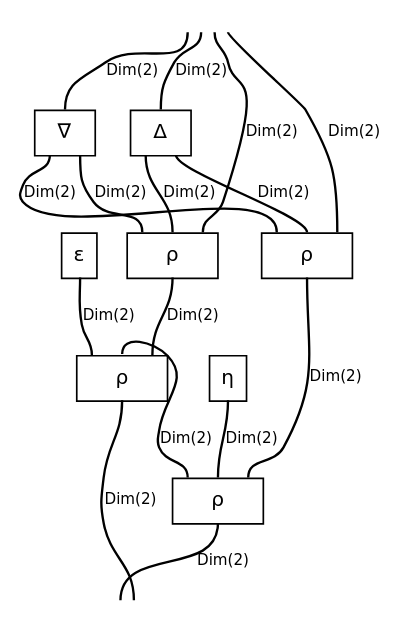
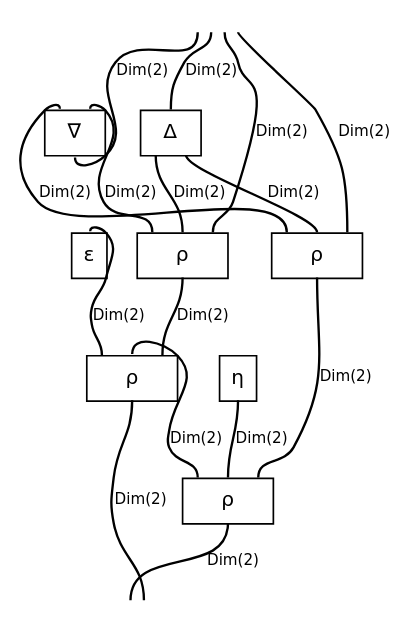
Before and after one commit to discopy/discopy: the diagram in docs/_static/hopf/intertwiner.dot, drawn with Graphviz. The commit also changed 6 other files, not shown here.

```diff
--- a/docs/_static/hopf/intertwiner.dot
+++ b/docs/_static/hopf/intertwiner.dot
@@ -1,32 +1,32 @@
 graph cmap {
   graph [bgcolor="white", fontname="DejaVu Sans", layout="dot", margin="0.04", outputorder="edgesfirst", overlap="false", rankdir="TB", splines="true"];
   node [color="black", fontname="DejaVu Sans", fontsize="12", margin="0", shape="plain"];
   edge [color="black", fontname="DejaVu Sans", fontsize="9", headclip="true", penwidth="1.4", tailclip="true"];
-  v0 [label=<<TABLE BORDER="0" CELLBORDER="0" CELLSPACING="0"><TR><TD PORT="p4" TOOLTIP="dom 0: Dim(2) (up, up)" BORDER="0" CELLPADDING="0" COLSPAN="2" WIDTH="36" HEIGHT="0"></TD></TR><TR><TD BORDER="1" CELLPADDING="6" COLSPAN="2" WIDTH="36">∇</TD></TR><TR><TD PORT="p6" TOOLTIP="cod 0: Dim(2) (down, down)" BORDER="0" CELLPADDING="0" COLSPAN="1" WIDTH="18" HEIGHT="0"></TD><TD PORT="p5" TOOLTIP="cod 1: Dim(2) (down, down)" BORDER="0" CELLPADDING="0" COLSPAN="1" WIDTH="18" HEIGHT="0"></TD></TR></TABLE>>];
+  v0 [label=<<TABLE BORDER="0" CELLBORDER="0" CELLSPACING="0"><TR><TD PORT="p4" TOOLTIP="dom 0: Dim(2) (up, up)" BORDER="0" CELLPADDING="0" COLSPAN="1" WIDTH="18" HEIGHT="0"></TD><TD PORT="p5" TOOLTIP="dom 1: Dim(2) (up, up)" BORDER="0" CELLPADDING="0" COLSPAN="1" WIDTH="18" HEIGHT="0"></TD></TR><TR><TD BORDER="1" CELLPADDING="6" COLSPAN="2" WIDTH="36">∇</TD></TR><TR><TD PORT="p6" TOOLTIP="cod 0: Dim(2) (down, down)" BORDER="0" CELLPADDING="0" COLSPAN="2" WIDTH="36" HEIGHT="0"></TD></TR></TABLE>>];
   v1 [label=<<TABLE BORDER="0" CELLBORDER="0" CELLSPACING="0"><TR><TD PORT="p7" TOOLTIP="dom 0: Dim(2) (up, up)" BORDER="0" CELLPADDING="0" COLSPAN="2" WIDTH="36" HEIGHT="0"></TD></TR><TR><TD BORDER="1" CELLPADDING="6" COLSPAN="2" WIDTH="36">Δ</TD></TR><TR><TD PORT="p9" TOOLTIP="cod 0: Dim(2) (down, down)" BORDER="0" CELLPADDING="0" COLSPAN="1" WIDTH="18" HEIGHT="0"></TD><TD PORT="p8" TOOLTIP="cod 1: Dim(2) (down, down)" BORDER="0" CELLPADDING="0" COLSPAN="1" WIDTH="18" HEIGHT="0"></TD></TR></TABLE>>];
   v2 [label=<<TABLE BORDER="0" CELLBORDER="0" CELLSPACING="0"><TR><TD PORT="p10" TOOLTIP="dom 0: Dim(2) (up, up)" BORDER="0" CELLPADDING="0" COLSPAN="1" WIDTH="18" HEIGHT="0"></TD><TD PORT="p11" TOOLTIP="dom 1: Dim(2) (up, up)" BORDER="0" CELLPADDING="0" COLSPAN="1" WIDTH="18" HEIGHT="0"></TD><TD PORT="p12" TOOLTIP="dom 2: Dim(2) (up, up)" BORDER="0" CELLPADDING="0" COLSPAN="1" WIDTH="18" HEIGHT="0"></TD></TR><TR><TD BORDER="1" CELLPADDING="6" COLSPAN="3" WIDTH="54">ρ</TD></TR><TR><TD PORT="p13" TOOLTIP="cod 0: Dim(2) (down, down)" BORDER="0" CELLPADDING="0" COLSPAN="3" WIDTH="54" HEIGHT="0"></TD></TR></TABLE>>];
   v3 [label=<<TABLE BORDER="0" CELLBORDER="0" CELLSPACING="0"><TR><TD PORT="p14" TOOLTIP="dom 0: Dim(2) (up, up)" BORDER="0" CELLPADDING="0" COLSPAN="1" WIDTH="18" HEIGHT="0"></TD><TD PORT="p15" TOOLTIP="dom 1: Dim(2) (up, up)" BORDER="0" CELLPADDING="0" COLSPAN="1" WIDTH="18" HEIGHT="0"></TD><TD PORT="p16" TOOLTIP="dom 2: Dim(2) (up, up)" BORDER="0" CELLPADDING="0" COLSPAN="1" WIDTH="18" HEIGHT="0"></TD></TR><TR><TD BORDER="1" CELLPADDING="6" COLSPAN="3" WIDTH="54">ρ</TD></TR><TR><TD PORT="p17" TOOLTIP="cod 0: Dim(2) (down, down)" BORDER="0" CELLPADDING="0" COLSPAN="3" WIDTH="54" HEIGHT="0"></TD></TR></TABLE>>];
-  v4 [label=<<TABLE BORDER="0" CELLBORDER="0" CELLSPACING="0"><TR><TD BORDER="1" CELLPADDING="6" COLSPAN="1" WIDTH="18">ε</TD></TR><TR><TD PORT="p18" TOOLTIP="cod 0: Dim(2) (down, down)" BORDER="0" CELLPADDING="0" COLSPAN="1" WIDTH="18" HEIGHT="0"></TD></TR></TABLE>>];
+  v4 [label=<<TABLE BORDER="0" CELLBORDER="0" CELLSPACING="0"><TR><TD PORT="p18" TOOLTIP="dom 0: Dim(2) (up, up)" BORDER="0" CELLPADDING="0" COLSPAN="1" WIDTH="18" HEIGHT="0"></TD></TR><TR><TD BORDER="1" CELLPADDING="6" COLSPAN="1" WIDTH="18">ε</TD></TR></TABLE>>];
   v5 [label=<<TABLE BORDER="0" CELLBORDER="0" CELLSPACING="0"><TR><TD BORDER="1" CELLPADDING="6" COLSPAN="1" WIDTH="18">η</TD></TR><TR><TD PORT="p19" TOOLTIP="cod 0: Dim(2) (down, down)" BORDER="0" CELLPADDING="0" COLSPAN="1" WIDTH="18" HEIGHT="0"></TD></TR></TABLE>>];
   v6 [label=<<TABLE BORDER="0" CELLBORDER="0" CELLSPACING="0"><TR><TD PORT="p20" TOOLTIP="dom 0: Dim(2) (up, up)" BORDER="0" CELLPADDING="0" COLSPAN="1" WIDTH="18" HEIGHT="0"></TD><TD PORT="p21" TOOLTIP="dom 1: Dim(2) (up, up)" BORDER="0" CELLPADDING="0" COLSPAN="1" WIDTH="18" HEIGHT="0"></TD><TD PORT="p22" TOOLTIP="dom 2: Dim(2) (up, up)" BORDER="0" CELLPADDING="0" COLSPAN="1" WIDTH="18" HEIGHT="0"></TD></TR><TR><TD BORDER="1" CELLPADDING="6" COLSPAN="3" WIDTH="54">ρ</TD></TR><TR><TD PORT="p23" TOOLTIP="cod 0: Dim(2) (down, down)" BORDER="0" CELLPADDING="0" COLSPAN="3" WIDTH="54" HEIGHT="0"></TD></TR></TABLE>>];
   v7 [label=<<TABLE BORDER="0" CELLBORDER="0" CELLSPACING="0"><TR><TD PORT="p24" TOOLTIP="dom 0: Dim(2) (up, up)" BORDER="0" CELLPADDING="0" COLSPAN="1" WIDTH="18" HEIGHT="0"></TD><TD PORT="p25" TOOLTIP="dom 1: Dim(2) (up, up)" BORDER="0" CELLPADDING="0" COLSPAN="1" WIDTH="18" HEIGHT="0"></TD><TD PORT="p26" TOOLTIP="dom 2: Dim(2) (up, up)" BORDER="0" CELLPADDING="0" COLSPAN="1" WIDTH="18" HEIGHT="0"></TD></TR><TR><TD BORDER="1" CELLPADDING="6" COLSPAN="3" WIDTH="54">ρ</TD></TR><TR><TD PORT="p27" TOOLTIP="cod 0: Dim(2) (down, down)" BORDER="0" CELLPADDING="0" COLSPAN="3" WIDTH="54" HEIGHT="0"></TD></TR></TABLE>>];
   input [label=<<TABLE BORDER="0" CELLBORDER="0" CELLSPACING="0"><TR><TD PORT="p0" TOOLTIP="input 0: Dim(2)" BORDER="0" CELLPADDING="4"></TD><TD PORT="p1" TOOLTIP="input 1: Dim(2)" BORDER="0" CELLPADDING="4"></TD><TD PORT="p2" TOOLTIP="input 2: Dim(2)" BORDER="0" CELLPADDING="4"></TD><TD PORT="p3" TOOLTIP="input 3: Dim(2)" BORDER="0" CELLPADDING="4"></TD></TR></TABLE>>];
   output [label=<<TABLE BORDER="0" CELLBORDER="0" CELLSPACING="0"><TR><TD PORT="p28" TOOLTIP="output 0: Dim(2)" BORDER="0" CELLPADDING="4"></TD><TD PORT="p29" TOOLTIP="output 1: Dim(2)" BORDER="0" CELLPADDING="4"></TD></TR></TABLE>>];
   { rank=min; input; }
   { rank=max; output; }
-  input:p0:s -- v0:p4:n [label="Dim(2)", labeldistance="1.6", len="0.85"];
+  input:p0:s -- v0:p6:s [label="Dim(2)", labeldistance="1.6", len="0.85"];
   input:p1:s -- v1:p7:n [label="Dim(2)", labeldistance="1.6", len="0.85"];
   input:p2:s -- v2:p12:n [label="Dim(2)", labeldistance="1.6", len="0.85"];
   input:p3:s -- v3:p16:n [label="Dim(2)", labeldistance="1.6", len="0.85"];
-  v0:p5:s -- v2:p10:n [label="Dim(2)", labeldistance="1.6", len="0.85"];
-  v0:p6:s -- v3:p14:n [label="Dim(2)", labeldistance="1.6", len="0.85"];
+  v0:p4:n -- v3:p14:n [label="Dim(2)", labeldistance="1.6", len="0.85"];
+  v0:p5:n -- v2:p10:n [label="Dim(2)", labeldistance="1.6", len="0.85"];
   v1:p8:s -- v3:p15:n [label="Dim(2)", labeldistance="1.6", len="0.85"];
   v1:p9:s -- v2:p11:n [label="Dim(2)", labeldistance="1.6", len="0.85"];
   v2:p13:s -- v6:p22:n [label="Dim(2)", labeldistance="1.6", len="0.85"];
   v3:p17:s -- v7:p26:n [label="Dim(2)", labeldistance="1.6", len="0.85"];
-  v4:p18:s -- v6:p20:n [label="Dim(2)", labeldistance="1.6", len="0.85"];
+  v4:p18:n -- v6:p20:n [label="Dim(2)", labeldistance="1.6", len="0.85"];
   v5:p19:s -- v7:p25:n [label="Dim(2)", labeldistance="1.6", len="0.85"];
   v6:p21:n -- v7:p24:n [label="Dim(2)", labeldistance="1.6", len="0.85"];
   v6:p23:s -- output:p29:n [label="Dim(2)", labeldistance="1.6", len="0.85"];
   v7:p27:s -- output:p28:n [label="Dim(2)", labeldistance="1.6", len="0.85"];
 }
```
